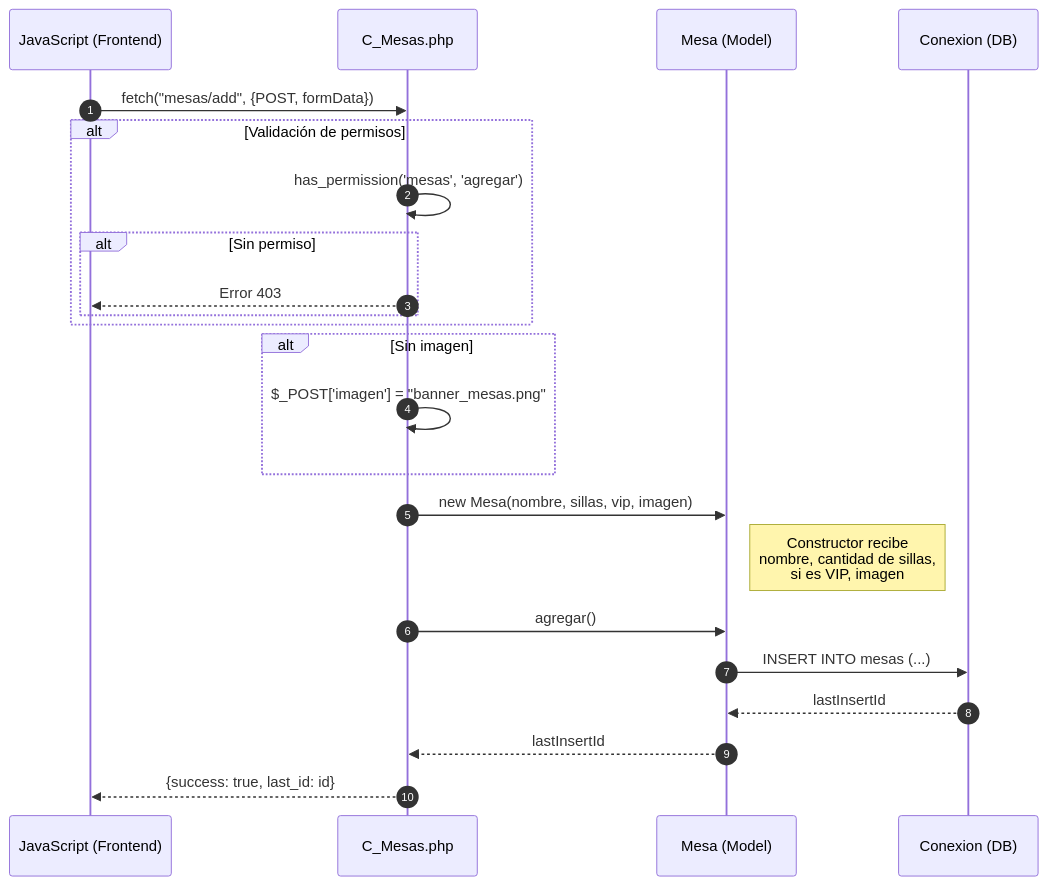
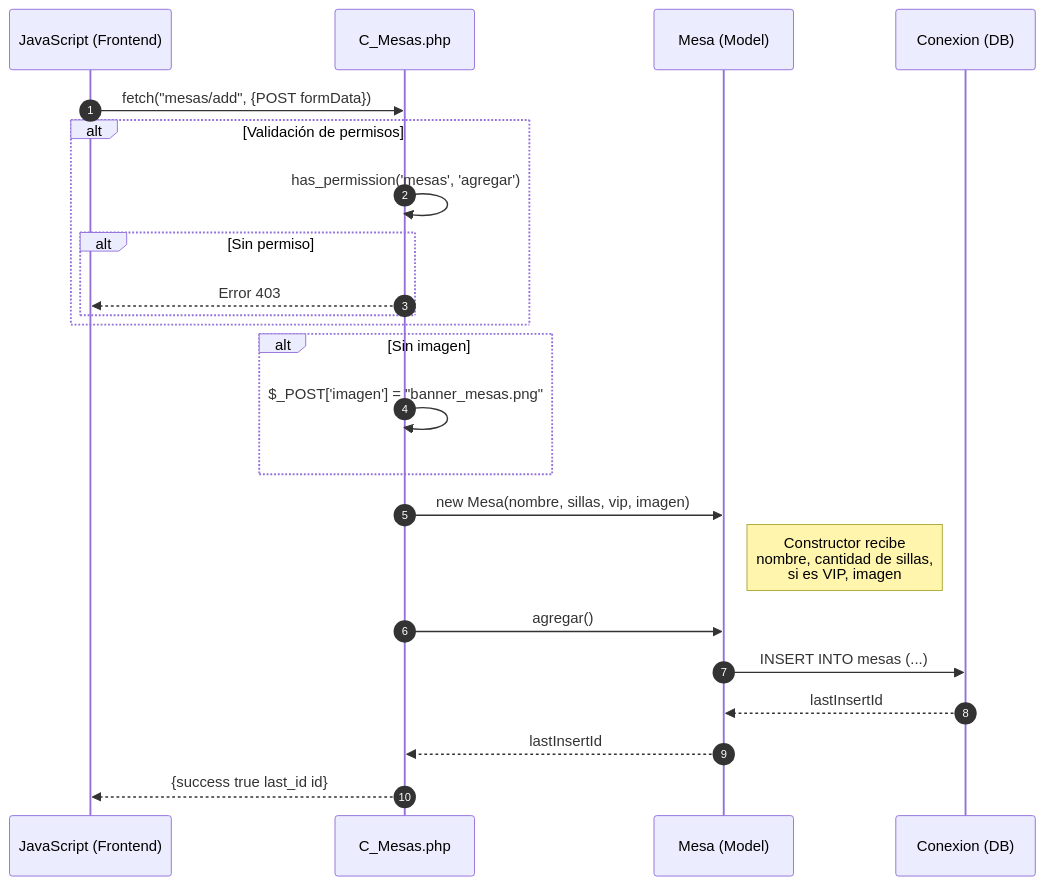
One commit to Tecrato/BurgerHouse changed the first of 5 diagrams in docs/secuencia/mesas/mesas.md. Above: the diagram before and after it, drawn with Mermaid. The commit also changed other lines of this file and 13 other files, not shown here.

Commit message:
diagramas de secuencia

````diff
--- a/docs/secuencia/mesas/mesas.md
+++ b/docs/secuencia/mesas/mesas.md
@@ -5,31 +5,31 @@
 ```mermaid
 sequenceDiagram
     autonumber
     participant JS as JavaScript (Frontend)
     participant C_Mesas as C_Mesas.php
     participant Mesa as Mesa (Model)
     participant DB as Conexion (DB)
     
-    JS->>C_Mesas: fetch("mesas/add", {POST, formData})
+    JS->>C_Mesas: fetch("mesas/add", {POST formData})
     
     alt Validación de permisos
         C_Mesas->>C_Mesas: has_permission('mesas', 'agregar')
         alt Sin permiso
             C_Mesas-->>JS: Error 403
         end
     end
     
     alt Sin imagen
         C_Mesas->>C_Mesas: $_POST['imagen'] = "banner_mesas.png"
     end
     
     C_Mesas->>Mesa: new Mesa(nombre, sillas, vip, imagen)
     Note right of Mesa: Constructor recibe<br/>nombre, cantidad de sillas,<br/>si es VIP, imagen
     
     C_Mesas->>Mesa: agregar()
     Mesa->>DB: INSERT INTO mesas (...)
     DB-->>Mesa: lastInsertId
     Mesa-->>C_Mesas: lastInsertId
     
-    C_Mesas-->>JS: {success: true, last_id: id}
+    C_Mesas-->>JS: {success true last_id id}
 ```
````
